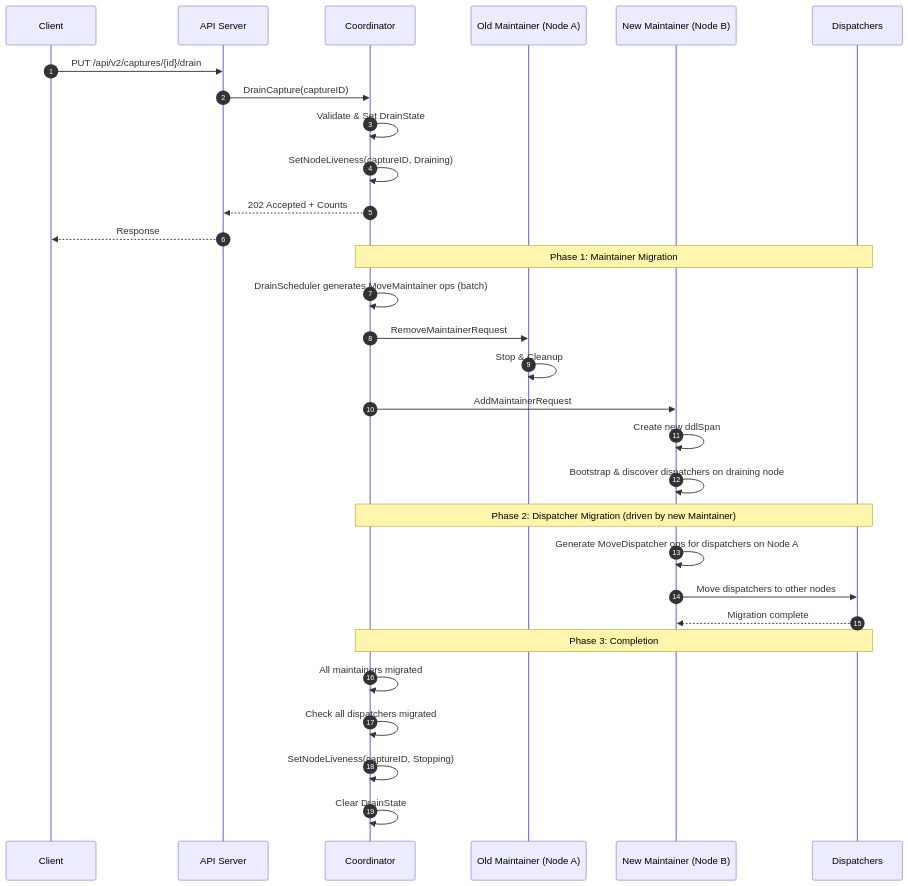
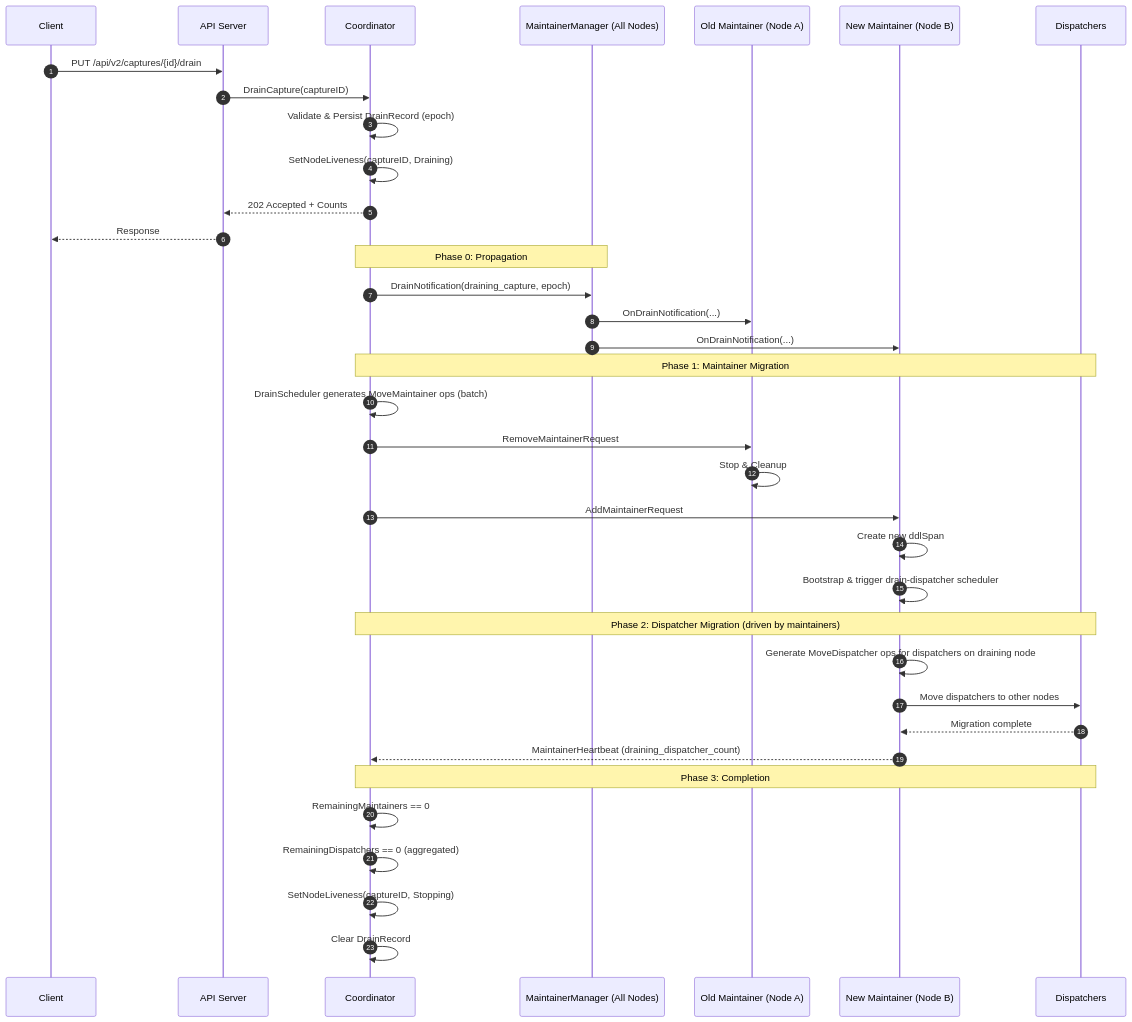
One commit to pingcap/ticdc changed the first of 3 diagrams in .kiro/specs/drain-capture/design.md. Above: the diagram before and after it, drawn with Mermaid. The commit also changed other lines of this file and 2 other files, not shown here.

````diff
--- a/.kiro/specs/drain-capture/design.md
+++ b/.kiro/specs/drain-capture/design.md
@@ -92,36 +92,43 @@
 ```mermaid
 sequenceDiagram
     autonumber
     participant Client
     participant API as API Server
     participant Coord as Coordinator
+    participant MaintMgr as MaintainerManager (All Nodes)
     participant OldMaint as Old Maintainer (Node A)
     participant NewMaint as New Maintainer (Node B)
     participant Disp as Dispatchers
 
     Client->>API: PUT /api/v2/captures/{id}/drain
     API->>Coord: DrainCapture(captureID)
-    Coord->>Coord: Validate & Set DrainState
+    Coord->>Coord: Validate & Persist DrainRecord (epoch)
     Coord->>Coord: SetNodeLiveness(captureID, Draining)
     Coord-->>API: 202 Accepted + Counts
     API-->>Client: Response
+
+    Note over Coord,MaintMgr: Phase 0: Propagation
+    Coord->>MaintMgr: DrainNotification(draining_capture, epoch)
+    MaintMgr->>OldMaint: OnDrainNotification(...)
+    MaintMgr->>NewMaint: OnDrainNotification(...)
 
     Note over Coord,Disp: Phase 1: Maintainer Migration
     Coord->>Coord: DrainScheduler generates MoveMaintainer ops (batch)
     Coord->>OldMaint: RemoveMaintainerRequest
     OldMaint->>OldMaint: Stop & Cleanup
     Coord->>NewMaint: AddMaintainerRequest
     NewMaint->>NewMaint: Create new ddlSpan
-    NewMaint->>NewMaint: Bootstrap & discover dispatchers on draining node
+    NewMaint->>NewMaint: Bootstrap & trigger drain-dispatcher scheduler
 
-    Note over Coord,Disp: Phase 2: Dispatcher Migration (driven by new Maintainer)
-    NewMaint->>NewMaint: Generate MoveDispatcher ops for dispatchers on Node A
+    Note over Coord,Disp: Phase 2: Dispatcher Migration (driven by maintainers)
+    NewMaint->>NewMaint: Generate MoveDispatcher ops for dispatchers on draining node
     NewMaint->>Disp: Move dispatchers to other nodes
     Disp-->>NewMaint: Migration complete
+    NewMaint-->>Coord: MaintainerHeartbeat (draining_dispatcher_count)
 
     Note over Coord,Disp: Phase 3: Completion
-    Coord->>Coord: All maintainers migrated
-    Coord->>Coord: Check all dispatchers migrated
+    Coord->>Coord: RemainingMaintainers == 0
+    Coord->>Coord: RemainingDispatchers == 0 (aggregated)
     Coord->>Coord: SetNodeLiveness(captureID, Stopping)
-    Coord->>Coord: Clear DrainState
+    Coord->>Coord: Clear DrainRecord
 ```
````
